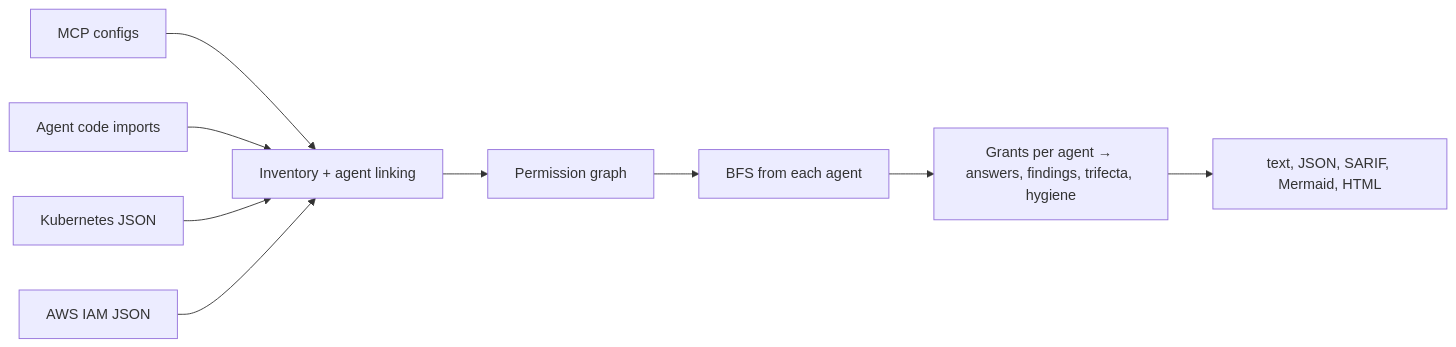
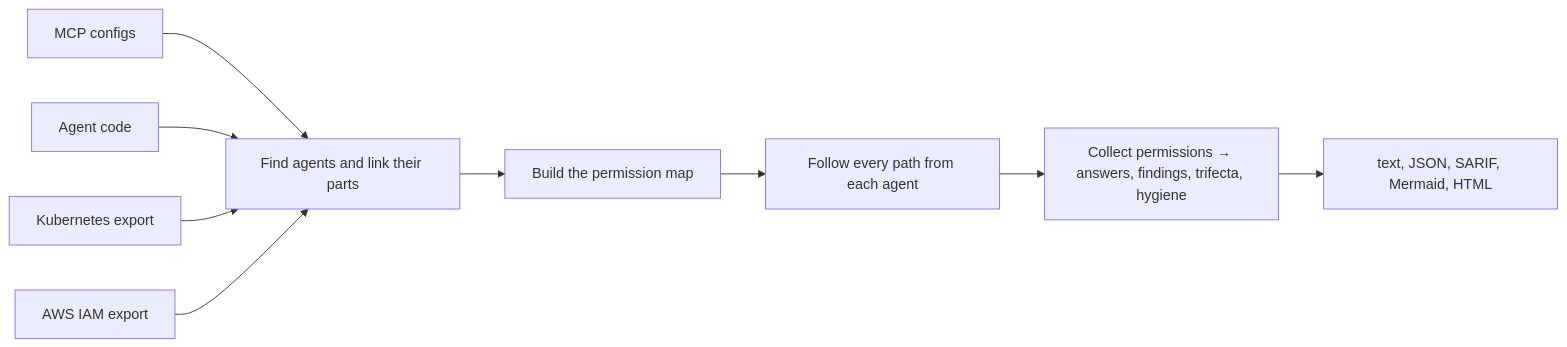
Before and after one commit to attckus/attckus: the diagram in docs/design/scan.md, drawn with Mermaid. The commit also changed other lines of this file and 9 other files, not shown here.

````diff
--- a/docs/design/scan.md
+++ b/docs/design/scan.md
@@ -19,11 +23,11 @@
 ```mermaid
 flowchart LR
-  mcp[MCP configs] --> inv[Inventory + agent linking]
-  code[Agent code imports] --> inv
-  k8s[Kubernetes JSON] --> inv
-  iam[AWS IAM JSON] --> inv
-  inv --> pg[Permission graph]
-  pg --> bfs["BFS from each agent"]
-  bfs --> risk["Grants per agent → answers, findings, trifecta, hygiene"]
+  mcp[MCP configs] --> inv[Find agents and link their parts]
+  code[Agent code] --> inv
+  k8s[Kubernetes export] --> inv
+  iam[AWS IAM export] --> inv
+  inv --> pg[Build the permission map]
+  pg --> bfs["Follow every path from each agent"]
+  bfs --> risk["Collect permissions → answers, findings, trifecta, hygiene"]
   risk --> out["text, JSON, SARIF, Mermaid, HTML"]
 ```
````
